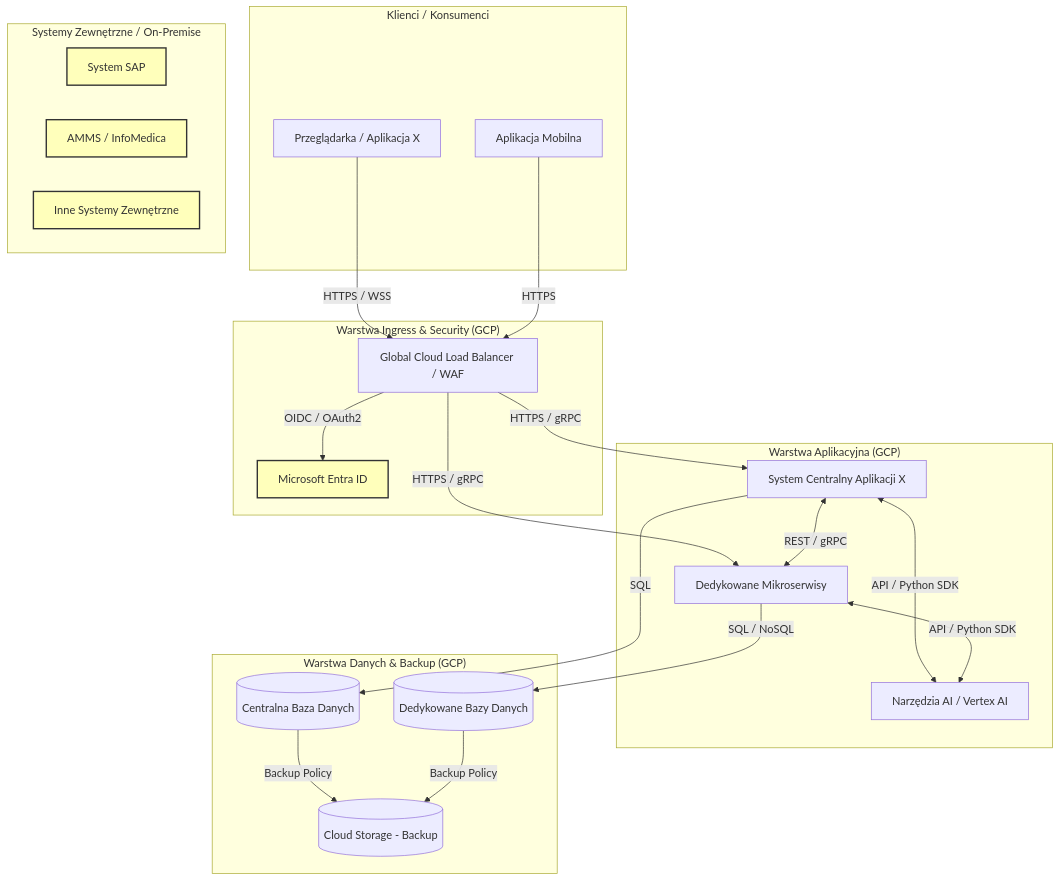
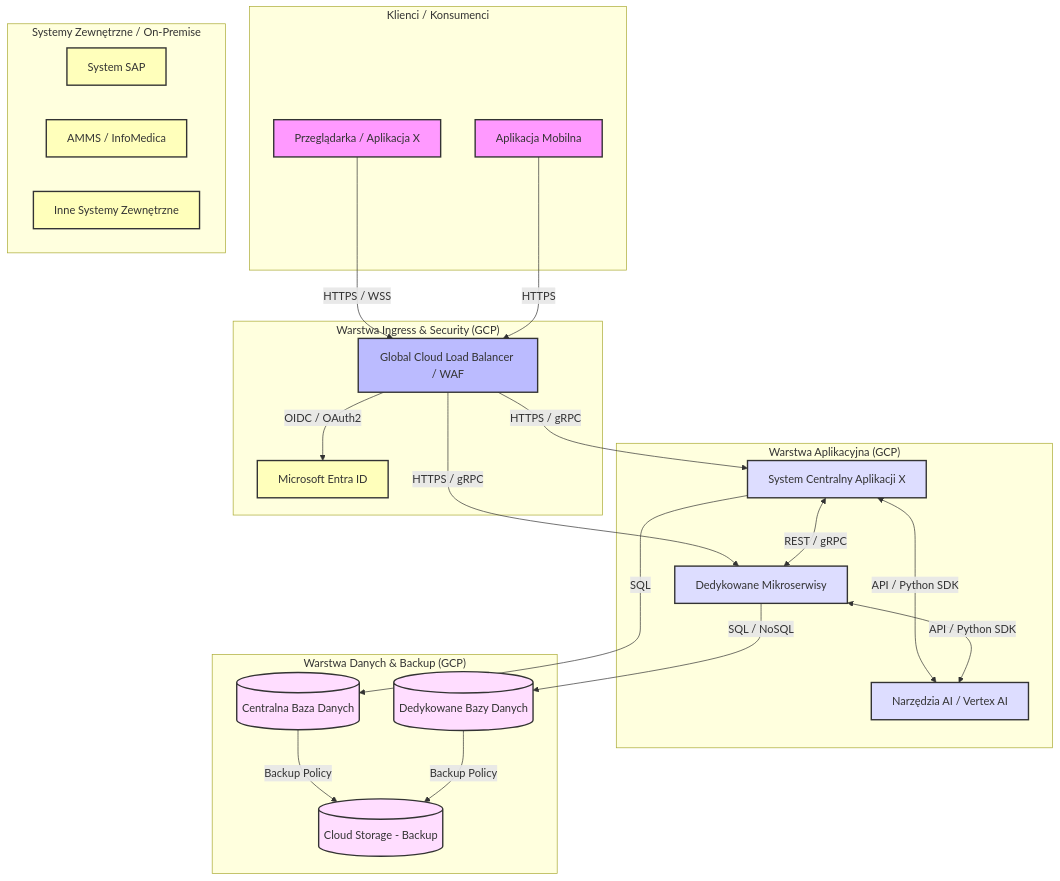
One commit to mtum00-dev01/demo changed the first of 2 diagrams in infrastruktura-hld-lld-example.md. Above: the diagram before and after it, drawn with Mermaid.

Commit message:
Add new class definitions for Mermaid diagram styles
Added new class definitions for user, ingress, app, and data styles in the Mermaid diagram.

````diff
--- a/infrastruktura-hld-lld-example.md
+++ b/infrastruktura-hld-lld-example.md
@@ -3,62 +3,66 @@
 ```mermaid
 
 graph TD
     %% Definicja stylów
+    classDef userStyle fill:#f9f,stroke:#333,stroke-width:2px;
+    classDef ingressStyle fill:#bbf,stroke:#333,stroke-width:2px;
+    classDef appStyle fill:#ddf,stroke:#333,stroke-width:2px;
+    classDef dataStyle fill:#fdf,stroke:#333,stroke-width:2px;
     classDef extStyle fill:#ffb,stroke:#333,stroke-width:2px;
 
     %% Klienci
     subgraph "Klienci / Konsumenci"
         Web[Przeglądarka / Aplikacja X]
         Mobile[Aplikacja Mobilna]
     end
     class Web,Mobile userStyle;
 
     %% Warstwa Brzegowa
     subgraph "Warstwa Ingress & Security (GCP)"
         LB[Global Cloud Load Balancer / WAF]
         Entra[Microsoft Entra ID]
     end
     class LB ingressStyle;
     class Entra extStyle;
 
     %% Warstwa Aplikacyjna
     subgraph "Warstwa Aplikacyjna (GCP)"
         Core[System Centralny Aplikacji X]
         MS[Dedykowane Mikroserwisy]
         AI[Narzędzia AI / Vertex AI]
     end
     class Core,MS,AI appStyle;
 
     %% Warstwa Danych
     subgraph "Warstwa Danych & Backup (GCP)"
         DB_Centr[(Centralna Baza Danych)]
         DB_Ded[(Dedykowane Bazy Danych)]
         BKP[(Cloud Storage - Backup)]
     end
     class DB_Centr,DB_Ded,BKP dataStyle;
 
     %% Systemy Zewnętrzne
     subgraph "Systemy Zewnętrzne / On-Premise"
         SAP[System SAP]
         AMMS[AMMS / InfoMedica]
         ExtSys[Inne Systemy Zewnętrzne]
     end
     class SAP,AMMS,ExtSys extStyle;
 
     %% Relacje i komunikacja
     Web -->|HTTPS / WSS| LB
     Mobile -->|HTTPS| LB
     LB -->|OIDC / OAuth2| Entra
     LB -->|HTTPS / gRPC| Core
     LB -->|HTTPS / gRPC| MS
     
     Core <-->|REST / gRPC| MS
     Core <-->|API / Python SDK| AI
     MS <-->|API / Python SDK| AI
     
     Core -->|SQL| DB_Centr
     MS -->|SQL / NoSQL| DB_Ded
     
     DB_Centr -->|Backup Policy| BKP
     DB_Ded -->|Backup Policy| BKP
 ```
````
